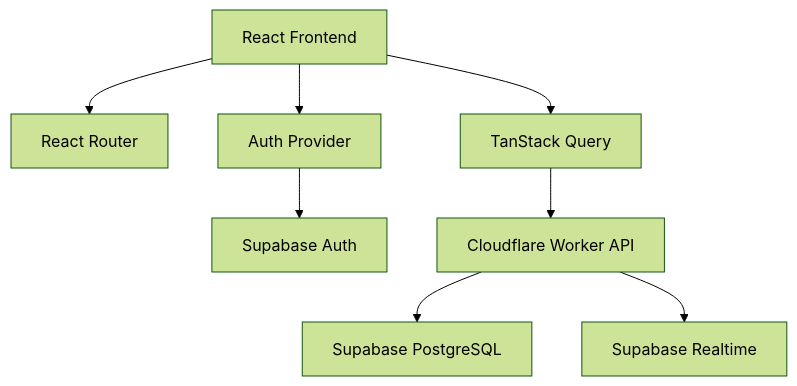
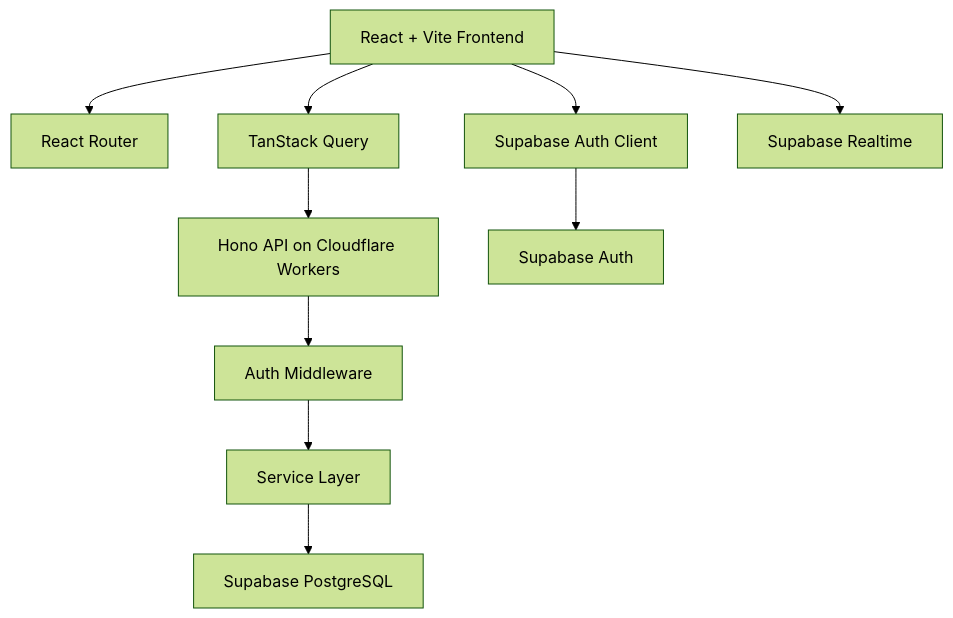
Before and after one commit to Holuphilix/student-crm-platform: the diagram in README.md, drawn with Mermaid (forest theme). The commit also changed other lines of this file and 15 other files, not shown here.

````diff
--- a/README.md
+++ b/README.md
@@ -88,13 +61,12 @@
 ```mermaid
 graph TD
-
-A[React Frontend] --> B[React Router]
-A --> C[TanStack Query]
-A --> D[Auth Provider]
-
-D --> E[Supabase Auth]
-C --> F[Cloudflare Worker API]
-
-F --> G[Supabase PostgreSQL]
-F --> H[Supabase Realtime]
+  A[React + Vite Frontend] --> B[React Router]
+  A --> C[TanStack Query]
+  A --> D[Supabase Auth Client]
+  A --> E[Supabase Realtime]
+  C --> F[Hono API on Cloudflare Workers]
+  F --> G[Auth Middleware]
+  G --> H[Service Layer]
+  H --> I[Supabase PostgreSQL]
+  D --> J[Supabase Auth]
 ```
````
